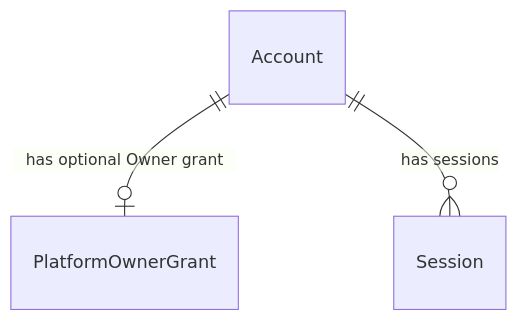
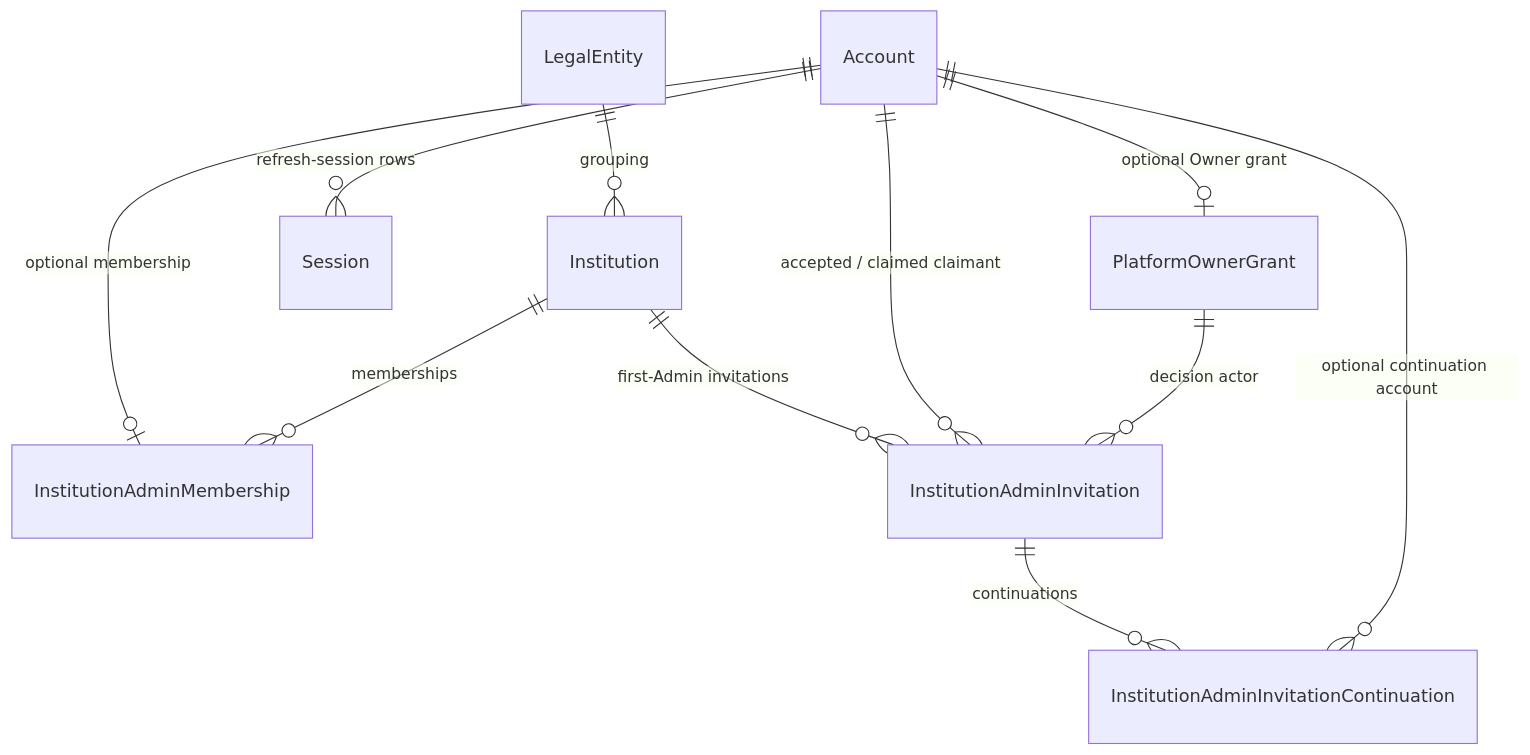
Before and after one commit to anubhav11803451/erp-platform: the diagram in docs/architecture/data-model.md, drawn with Mermaid. The commit also changed other lines of this file and 8 other files, not shown here.

````diff
--- a/docs/architecture/data-model.md
+++ b/docs/architecture/data-model.md
@@ -10,5 +13,13 @@
 ```mermaid
 erDiagram
-    Account ||--o| PlatformOwnerGrant : "has optional Owner grant"
-    Account ||--o{ Session : "has sessions"
+    Account ||--o| PlatformOwnerGrant : "optional Owner grant"
+    Account ||--o{ Session : "refresh-session rows"
+    Account ||--o| InstitutionAdminMembership : "optional membership"
+    LegalEntity ||--o{ Institution : "grouping"
+    Institution ||--o{ InstitutionAdminMembership : "memberships"
+    Institution ||--o{ InstitutionAdminInvitation : "first-Admin invitations"
+    InstitutionAdminInvitation ||--o{ InstitutionAdminInvitationContinuation : "continuations"
+    Account ||--o{ InstitutionAdminInvitation : "accepted / claimed claimant"
+    PlatformOwnerGrant ||--o{ InstitutionAdminInvitation : "decision actor"
+    Account ||--o{ InstitutionAdminInvitationContinuation : "optional continuation account"
 ```
````
